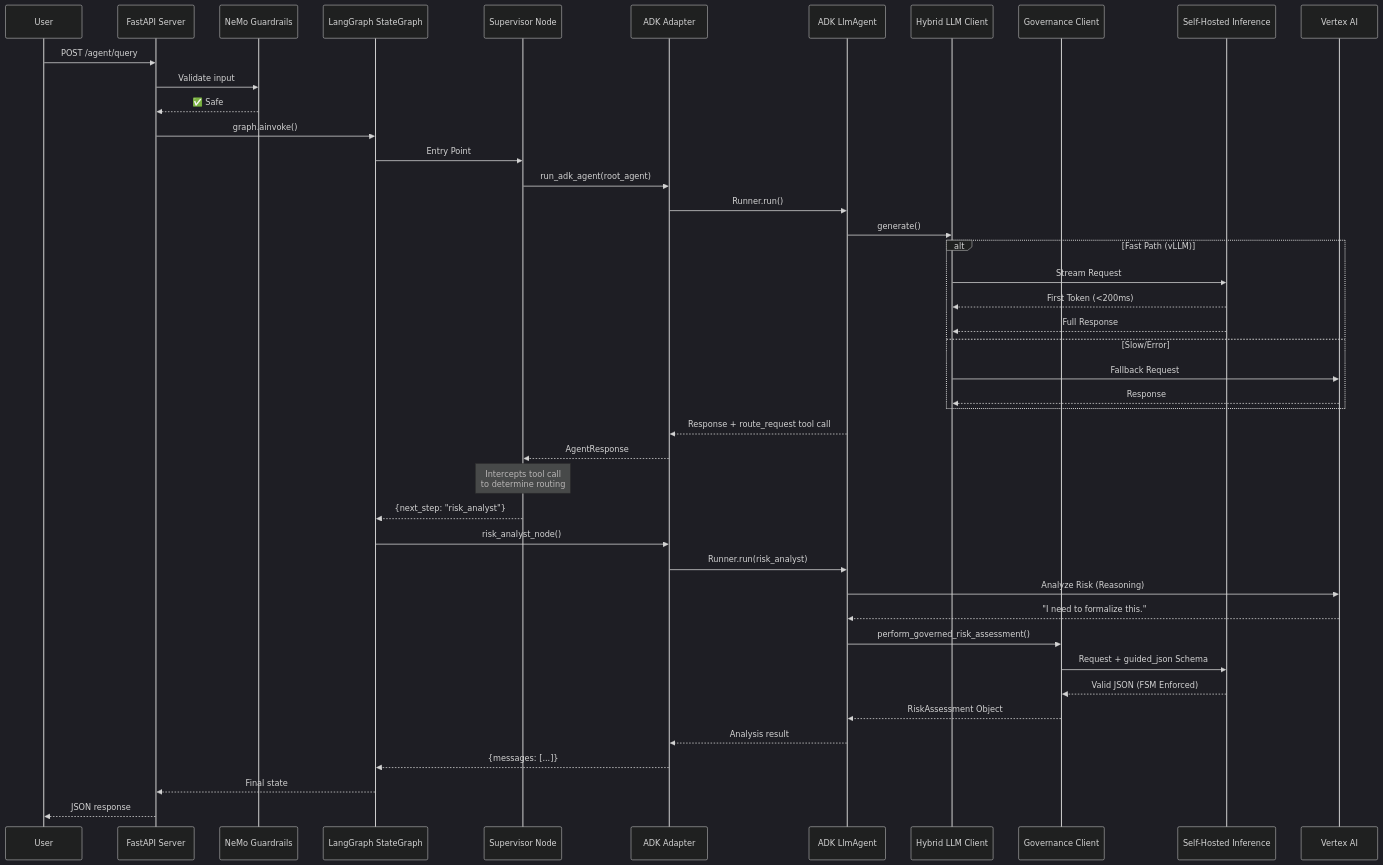
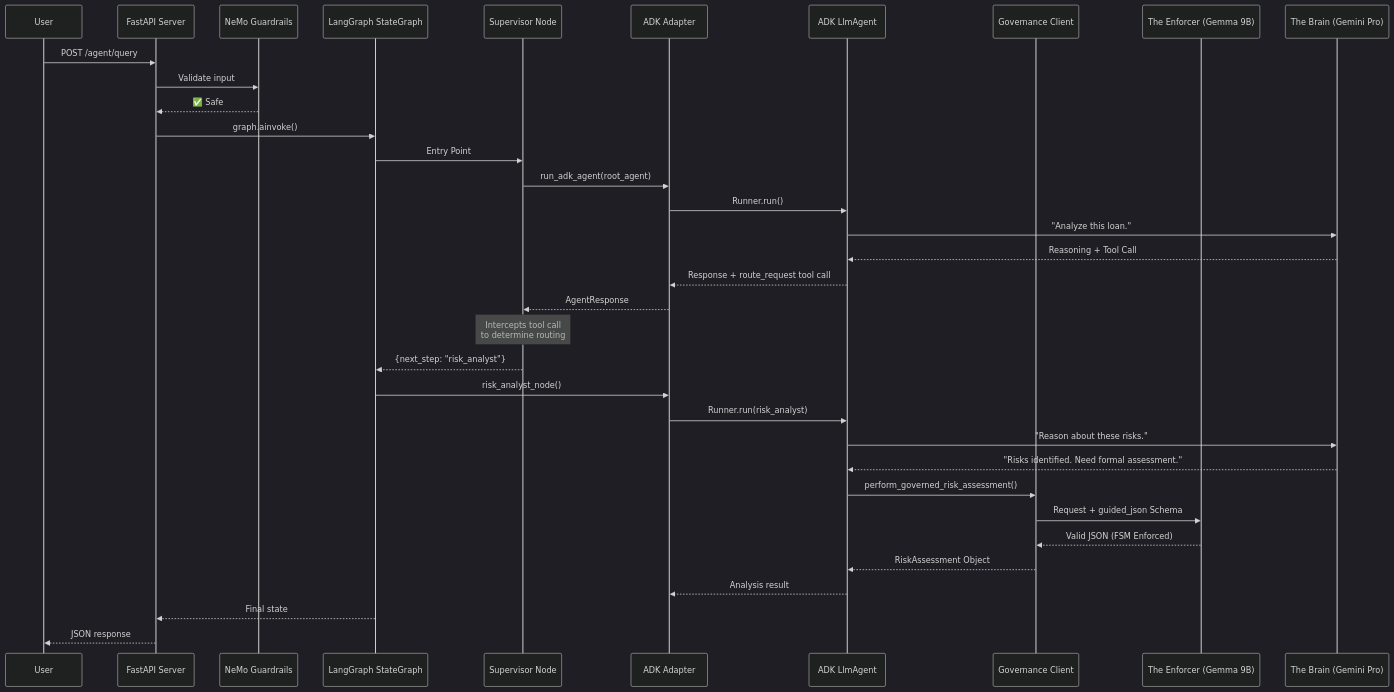
Before and after one commit to lahlfors/cybernetic-governance-engine: the diagram in ARCHITECTURE.md, drawn with Mermaid (dark theme). The commit also changed other lines of this file and 8 other files, not shown here.

Commit message:
Update documentation and deployment config for Governance Sandwich architecture.

````diff
--- a/ARCHITECTURE.md
+++ b/ARCHITECTURE.md
@@ -66,53 +58,43 @@
 ```mermaid
 sequenceDiagram
     participant User
     participant Server as FastAPI Server
     participant NeMo as NeMo Guardrails
     participant Graph as LangGraph StateGraph
     participant Supervisor as Supervisor Node
     participant Adapter as ADK Adapter
     participant Agent as ADK LlmAgent
-    participant HybridClient as Hybrid LLM Client
     participant GovernanceClient as Governance Client
-    participant vLLM as Self-Hosted Inference
-    participant Vertex as Vertex AI
+    participant vLLM as The Enforcer (Gemma 9B)
+    participant Vertex as The Brain (Gemini Pro)
 
     User->>Server: POST /agent/query
     Server->>NeMo: Validate input
     NeMo-->>Server: ✅ Safe
     Server->>Graph: graph.ainvoke()
     
     Graph->>Supervisor: Entry Point
     Supervisor->>Adapter: run_adk_agent(root_agent)
     Adapter->>Agent: Runner.run()
-    Agent->>HybridClient: generate()
-
-    alt Fast Path (vLLM)
-        HybridClient->>vLLM: Stream Request
-        vLLM-->>HybridClient: First Token (<200ms)
-        vLLM-->>HybridClient: Full Response
-    else Slow/Error
-        HybridClient->>Vertex: Fallback Request
-        Vertex-->>HybridClient: Response
-    end
+    Agent->>Vertex: "Analyze this loan."
+    Vertex-->>Agent: Reasoning + Tool Call
 
     Agent-->>Adapter: Response + route_request tool call
     Adapter-->>Supervisor: AgentResponse
     
     Note over Supervisor: Intercepts tool call<br/>to determine routing
     
     Supervisor-->>Graph: {next_step: "risk_analyst"}
     Graph->>Adapter: risk_analyst_node()
     Adapter->>Agent: Runner.run(risk_analyst)
-    Agent->>Vertex: Analyze Risk (Reasoning)
-    Vertex-->>Agent: "I need to formalize this."
+    Agent->>Vertex: "Reason about these risks."
+    Vertex-->>Agent: "Risks identified. Need formal assessment."
     Agent->>GovernanceClient: perform_governed_risk_assessment()
     GovernanceClient->>vLLM: Request + guided_json Schema
     vLLM-->>GovernanceClient: Valid JSON (FSM Enforced)
     GovernanceClient-->>Agent: RiskAssessment Object
     Agent-->>Adapter: Analysis result
-    Adapter-->>Graph: {messages: [...]}
     
     Graph-->>Server: Final state
     Server-->>User: JSON response
 ```
````
